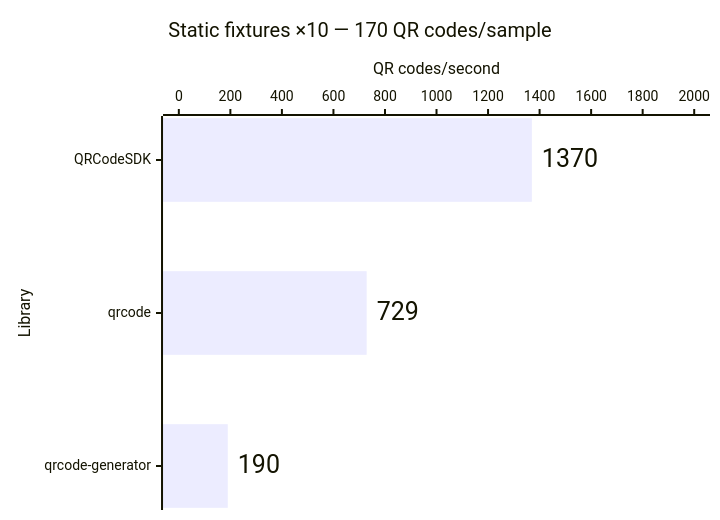
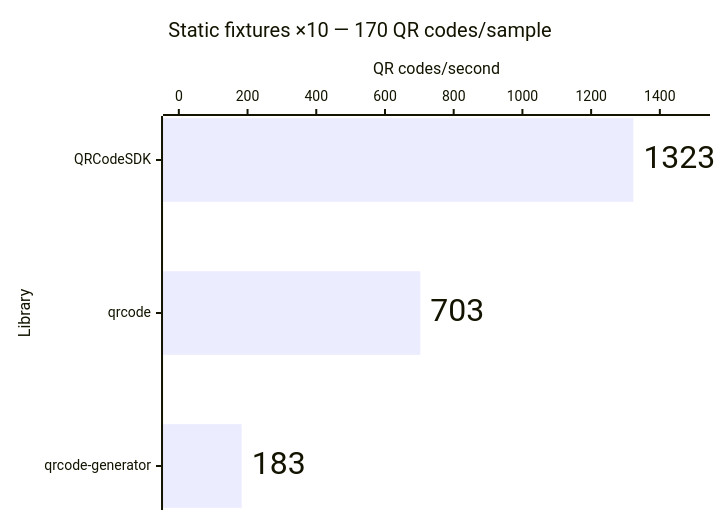
One commit to Dafnik/qrcodesdk changed the sixth of 14 diagrams in apps/docs/src/content/docs/learn/performance.md. Above: the diagram before and after it, drawn with Mermaid. The commit also changed other lines of this file, not shown here.

````diff
--- a/apps/docs/src/content/docs/learn/performance.md
+++ b/apps/docs/src/content/docs/learn/performance.md
@@ -131,15 +131,15 @@
 ```mermaid
 ---
 config:
   xyChart:
     showDataLabel: true
     showDataLabelOutsideBar: true
 ---
 xychart horizontal
   accTitle: Automatic matrix generation: Static fixtures ×10 — 170 QR codes/sample
-  accDescr: Throughput calculated from median time. QRCodeSDK 1,370 QR codes per second, qrcode 729 QR codes per second, qrcode-generator 190 QR codes per second. Higher is better.
+  accDescr: Throughput calculated from median time. QRCodeSDK 1,323 QR codes per second, qrcode 703 QR codes per second, qrcode-generator 183 QR codes per second. Higher is better.
   title "Static fixtures ×10 — 170 QR codes/sample"
   x-axis "Library" ["QRCodeSDK", "qrcode", "qrcode-generator"]
-  y-axis "QR codes/second" 0 --> 2000
-  bar [1370, 729, 190]
+  y-axis "QR codes/second" 0 --> 1500
+  bar [1323, 703, 183]
 ```
````
